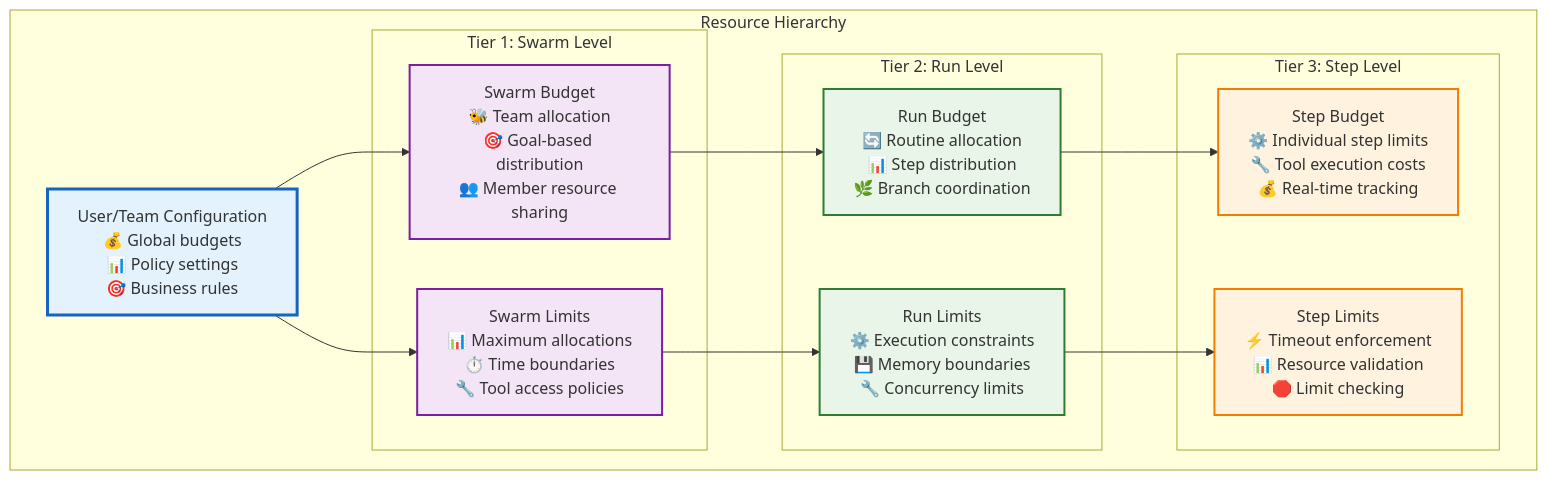
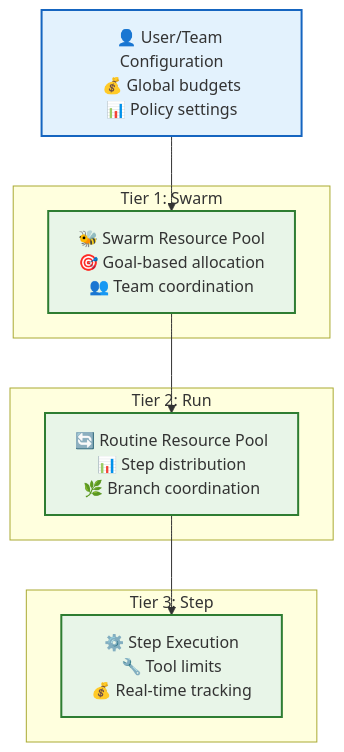
One commit to Vrooli/Vrooli changed the second of 2 diagrams in docs/architecture/execution/resource-management/README.md. Above: the diagram before and after it, drawn with Mermaid. The commit also changed other lines of this file and 19 other files, not shown here.

````diff
--- a/docs/architecture/execution/resource-management/README.md
+++ b/docs/architecture/execution/resource-management/README.md
@@ -88,38 +114,26 @@
 ```mermaid
 graph TB
-    subgraph "Resource Hierarchy"
-        UserTeamConfig[User/Team Configuration<br/>💰 Global budgets<br/>📊 Policy settings<br/>🎯 Business rules]
-        
-        subgraph "Tier 1: Swarm Level"
-            SwarmBudget[Swarm Budget<br/>🐝 Team allocation<br/>🎯 Goal-based distribution<br/>👥 Member resource sharing]
-            SwarmLimits[Swarm Limits<br/>📊 Maximum allocations<br/>⏱️ Time boundaries<br/>🔧 Tool access policies]
-        end
-        
-        subgraph "Tier 2: Run Level"
-            RunBudget[Run Budget<br/>🔄 Routine allocation<br/>📊 Step distribution<br/>🌿 Branch coordination]
-            RunLimits[Run Limits<br/>⚙️ Execution constraints<br/>💾 Memory boundaries<br/>🔧 Concurrency limits]
-        end
-        
-        subgraph "Tier 3: Step Level"
-            StepBudget[Step Budget<br/>⚙️ Individual step limits<br/>🔧 Tool execution costs<br/>💰 Real-time tracking]
-            StepLimits[Step Limits<br/>⚡ Timeout enforcement<br/>📊 Resource validation<br/>🛑 Limit checking]
-        end
+    UserConfig[👤 User/Team Configuration<br/>💰 Global budgets<br/>📊 Policy settings]
+    
+    subgraph "Tier 1: Swarm"
+        SwarmBudget[🐝 Swarm Resource Pool<br/>🎯 Goal-based allocation<br/>👥 Team coordination]
     end
     
-    UserTeamConfig --> SwarmBudget
-    UserTeamConfig --> SwarmLimits
+    subgraph "Tier 2: Run"
+        RunBudget[🔄 Routine Resource Pool<br/>📊 Step distribution<br/>🌿 Branch coordination]
+    end
+    
+    subgraph "Tier 3: Step"
+        StepBudget[⚙️ Step Execution<br/>🔧 Tool limits<br/>💰 Real-time tracking]
+    end
+    
+    UserConfig --> SwarmBudget
     SwarmBudget --> RunBudget
-    SwarmLimits --> RunLimits
     RunBudget --> StepBudget
-    RunLimits --> StepLimits
     
-    classDef config fill:#e3f2fd,stroke:#1565c0,stroke-width:3px
-    classDef swarm fill:#f3e5f5,stroke:#7b1fa2,stroke-width:2px
-    classDef run fill:#e8f5e8,stroke:#2e7d32,stroke-width:2px
-    classDef step fill:#fff3e0,stroke:#f57c00,stroke-width:2px
+    classDef config fill:#e3f2fd,stroke:#1565c0,stroke-width:2px
+    classDef tier fill:#e8f5e8,stroke:#2e7d32,stroke-width:2px
     
-    class UserTeamConfig config
-    class SwarmBudget,SwarmLimits swarm
-    class RunBudget,RunLimits run
-    class StepBudget,StepLimits step
+    class UserConfig config
+    class SwarmBudget,RunBudget,StepBudget tier
 ```
````
